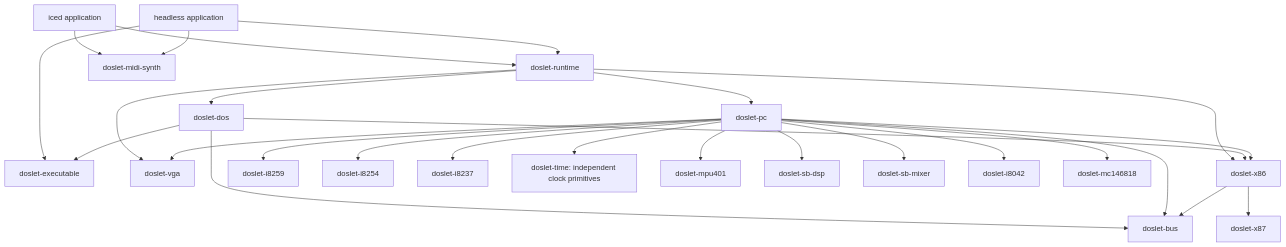
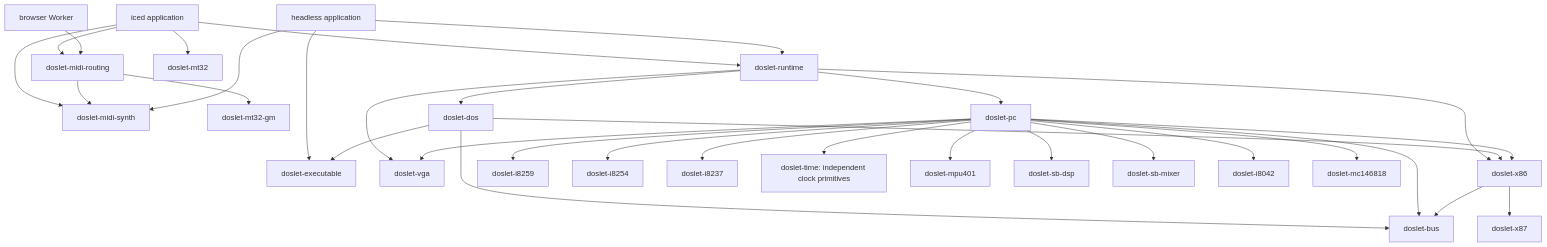
One commit to prekucki/doslet changed the diagram in docs/architecture.md. Above: the diagram before and after it, drawn with Mermaid. The commit also changed other lines of this file and 69 other files, not shown here.

````diff
--- a/docs/architecture.md
+++ b/docs/architecture.md
@@ -11,30 +17,35 @@
 ```mermaid
 graph TD
   UI[iced application] --> Runtime[doslet-runtime]
   UI --> Synth[doslet-midi-synth]
+  UI --> Routing[doslet-midi-routing]
+  Worker[browser Worker] --> Routing
+  Routing --> Translator[doslet-mt32-gm]
+  Routing --> Synth
+  UI --> Moont[doslet-mt32]
   CLI[headless application] --> Runtime
   CLI --> Synth
   CLI --> Executable[doslet-executable]
   Runtime --> PC[doslet-pc]
   Runtime --> DOS[doslet-dos]
   Runtime --> VGA[doslet-vga]
   Runtime --> CPU[doslet-x86]
   DOS --> CPU
   DOS --> Bus[doslet-bus]
   DOS --> Executable[doslet-executable]
   PC --> CPU
   PC --> Bus
   PC --> VGA
   PC --> PIC[doslet-i8259]
   PC --> PIT[doslet-i8254]
   PC --> DMA[doslet-i8237]
   PC --> Time[doslet-time]
   PC --> MPU[doslet-mpu401]
   PC --> DSP[doslet-sb-dsp]
   PC --> Mixer[doslet-sb-mixer]
   PC --> KBC[doslet-i8042]
   PC --> CMOS[doslet-mc146818]
   CPU --> Bus
   CPU --> X87[doslet-x87]
   Time[doslet-time: independent clock primitives]
 ```
````
